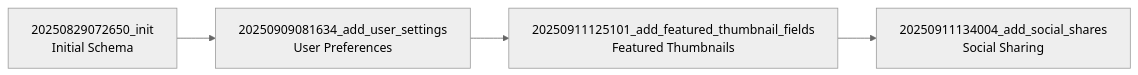
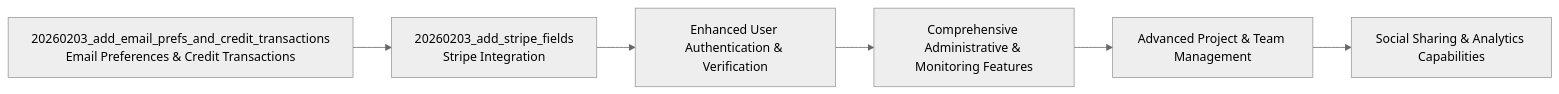
Before and after one commit to Brimstow/ThumPiks: the second of 2 diagrams in .qoder/repowiki/en/content/Database Schema & ORM/Database Migrations.md, drawn with Mermaid (neutral theme). The commit also changed other lines of this file and 900 other files, not shown here.

````diff
--- a/.qoder/repowiki/en/content/Database Schema & ORM/Database Migrations.md
+++ b/.qoder/repowiki/en/content/Database Schema & ORM/Database Migrations.md
@@ -75,6 +88,7 @@
 ```mermaid
 flowchart LR
-A["20250829072650_init<br/>Initial Schema"] --> B["20250909081634_add_user_settings<br/>User Preferences"]
-B --> C["20250911125101_add_featured_thumbnail_fields<br/>Featured Thumbnails"]
-C --> D["20250911134004_add_social_shares<br/>Social Sharing"]
+A["20260203_add_email_prefs_and_credit_transactions<br/>Email Preferences & Credit Transactions"] --> B["20260203_add_stripe_fields<br/>Stripe Integration"] --> C["Enhanced User Authentication & Verification"]
+C --> D["Comprehensive Administrative & Monitoring Features"]
+D --> E["Advanced Project & Team Management"]
+E --> F["Social Sharing & Analytics Capabilities"]
 ```
````
